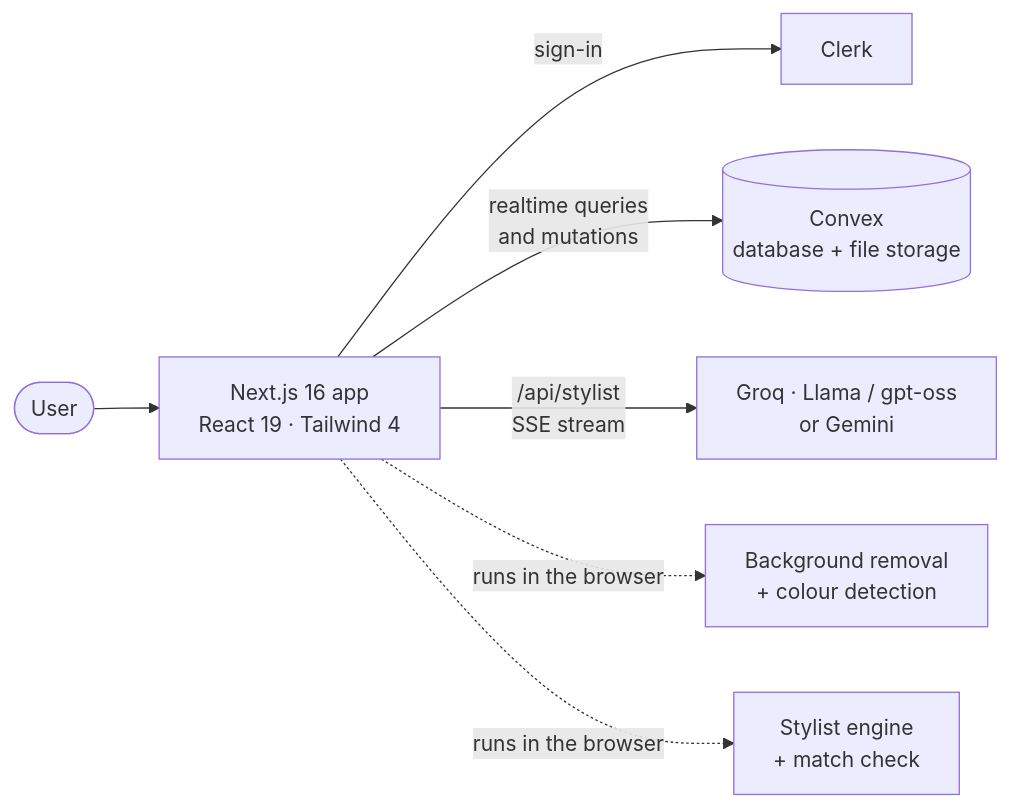
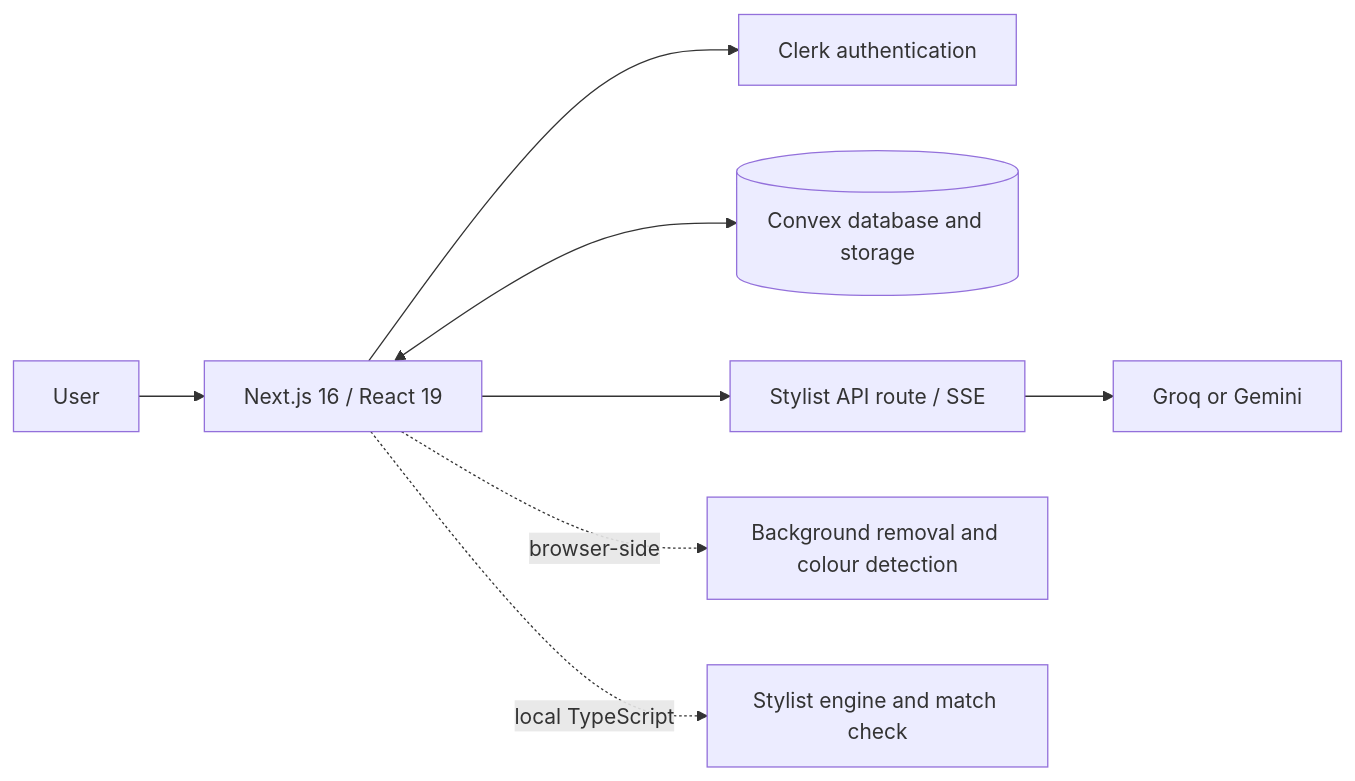
One commit to kid-yP/fitcheck-lite changed the diagram in README.md. Above: the diagram before and after it, drawn with Mermaid. The commit also changed other lines of this file, not shown here.

````diff
--- a/README.md
+++ b/README.md
@@ -81,9 +62,10 @@
 ```mermaid
 flowchart LR
-  U([User]) --> N[Next.js 16 app<br/>React 19 · Tailwind 4]
-  N -- sign-in --> C[Clerk]
-  N -- realtime queries<br/>and mutations --> V[(Convex<br/>database + file storage)]
-  N -- /api/stylist<br/>SSE stream --> G[Groq · Llama / gpt-oss<br/>or Gemini]
-  N -. runs in the browser .-> M[Background removal<br/>+ colour detection]
-  N -. runs in the browser .-> E[Stylist engine<br/>+ match check]
+    U[User] --> APP[Next.js 16 / React 19]
+    APP --> AUTH[Clerk authentication]
+    APP <--> DB[(Convex database and storage)]
+    APP --> API[Stylist API route / SSE]
+    API --> AI[Groq or Gemini]
+    APP -. browser-side .-> IMG[Background removal and colour detection]
+    APP -. local TypeScript .-> ENGINE[Stylist engine and match check]
 ```
````
